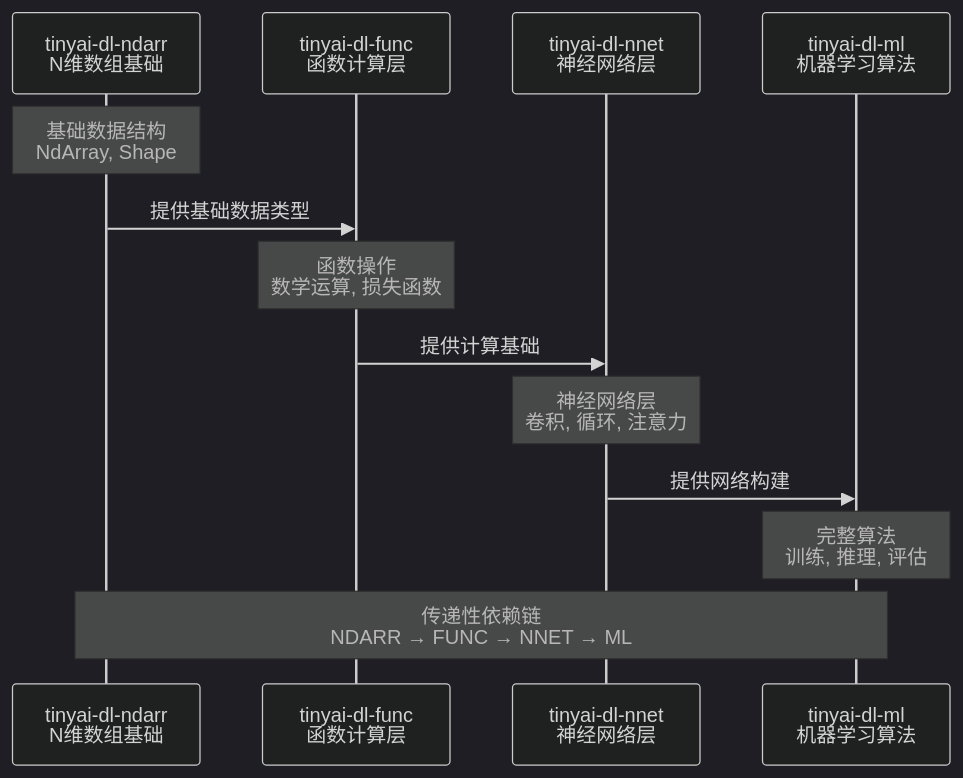
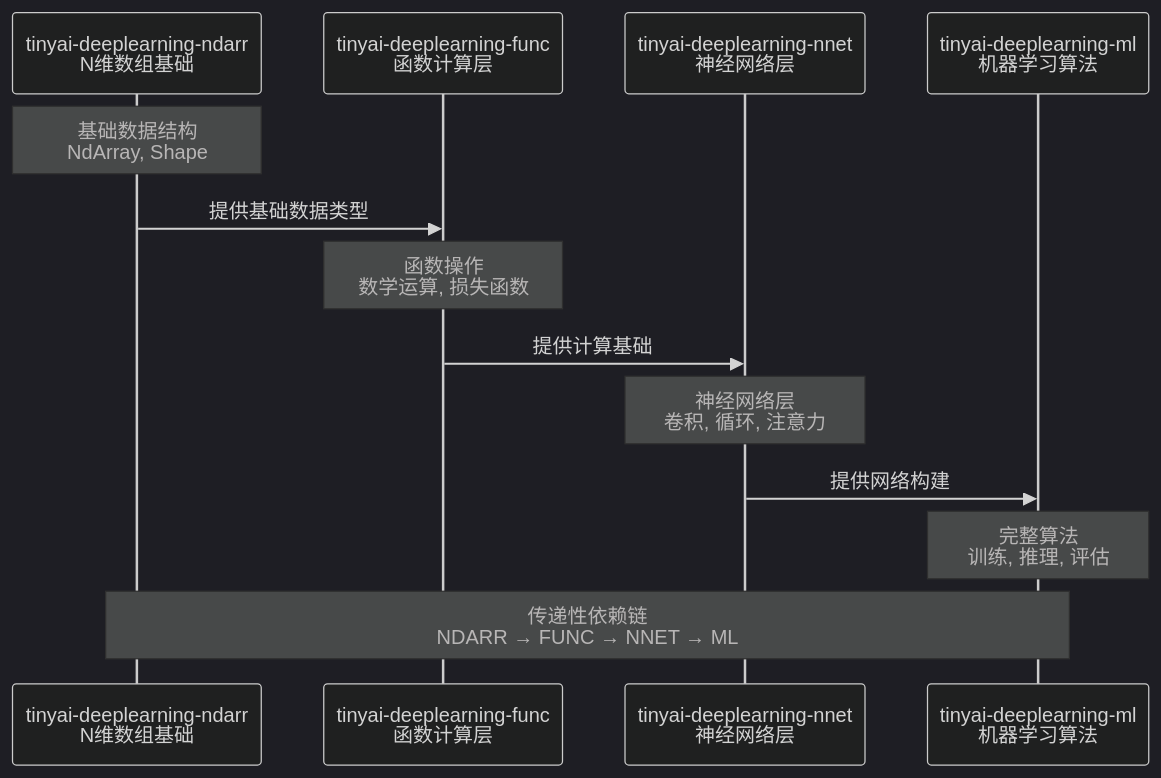
One commit to Leavesfly/TinyAI changed the fourth of 8 diagrams in .qoder/repowiki/zh/content/技术架构/构建系统与模块化/依赖管理/依赖管理.md. Above: the diagram before and after it, drawn with Mermaid (dark theme). The commit also changed other lines of this file and 40 other files, not shown here.

````diff
--- a/.qoder/repowiki/zh/content/技术架构/构建系统与模块化/依赖管理/依赖管理.md
+++ b/.qoder/repowiki/zh/content/技术架构/构建系统与模块化/依赖管理/依赖管理.md
@@ -157,15 +165,15 @@
 ```mermaid
 sequenceDiagram
-participant NDARR as tinyai-dl-ndarr<br/>N维数组基础
-participant FUNC as tinyai-dl-func<br/>函数计算层
-participant NNET as tinyai-dl-nnet<br/>神经网络层
-participant ML as tinyai-dl-ml<br/>机器学习算法
+participant NDARR as tinyai-deeplearning-ndarr<br/>N维数组基础
+participant FUNC as tinyai-deeplearning-func<br/>函数计算层
+participant NNET as tinyai-deeplearning-nnet<br/>神经网络层
+participant ML as tinyai-deeplearning-ml<br/>机器学习算法
 Note over NDARR : 基础数据结构<br/>NdArray, Shape
 NDARR->>FUNC : 提供基础数据类型
 Note over FUNC : 函数操作<br/>数学运算, 损失函数
 FUNC->>NNET : 提供计算基础
 Note over NNET : 神经网络层<br/>卷积, 循环, 注意力
 NNET->>ML : 提供网络构建
 Note over ML : 完整算法<br/>训练, 推理, 评估
 Note over NDARR,ML : 传递性依赖链<br/>NDARR → FUNC → NNET → ML
 ```
````
